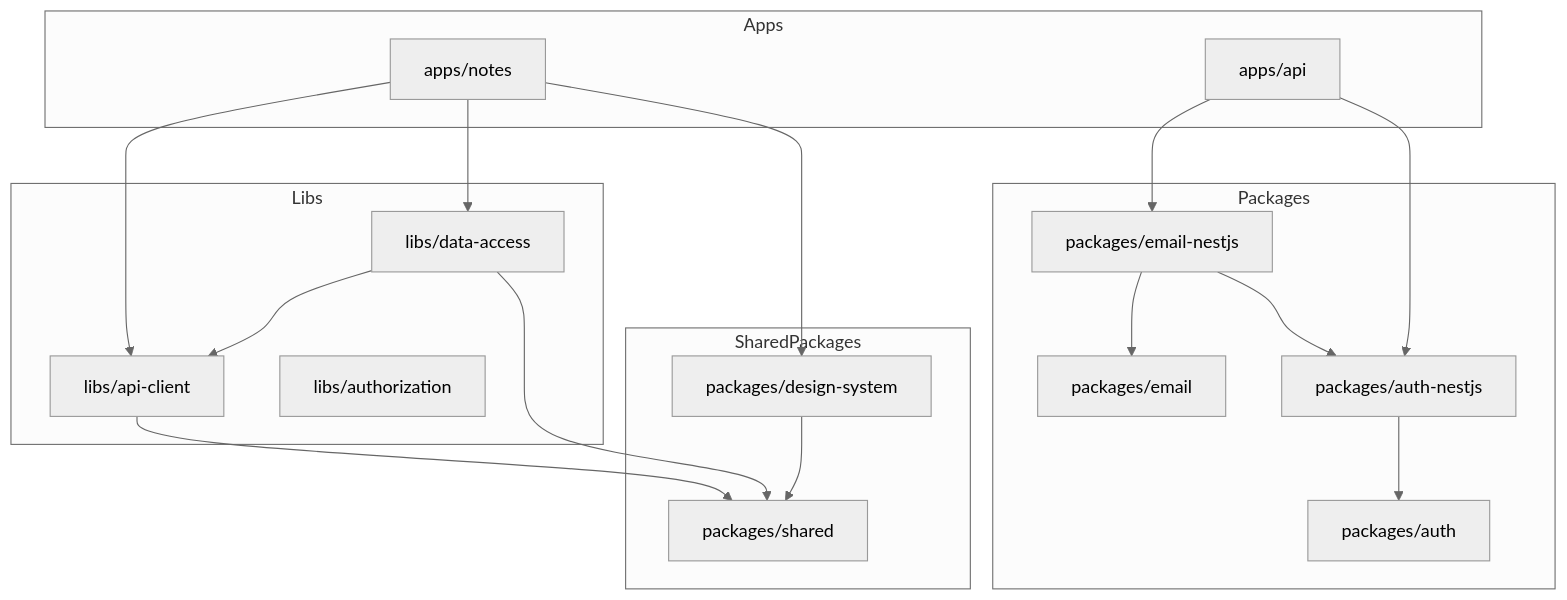
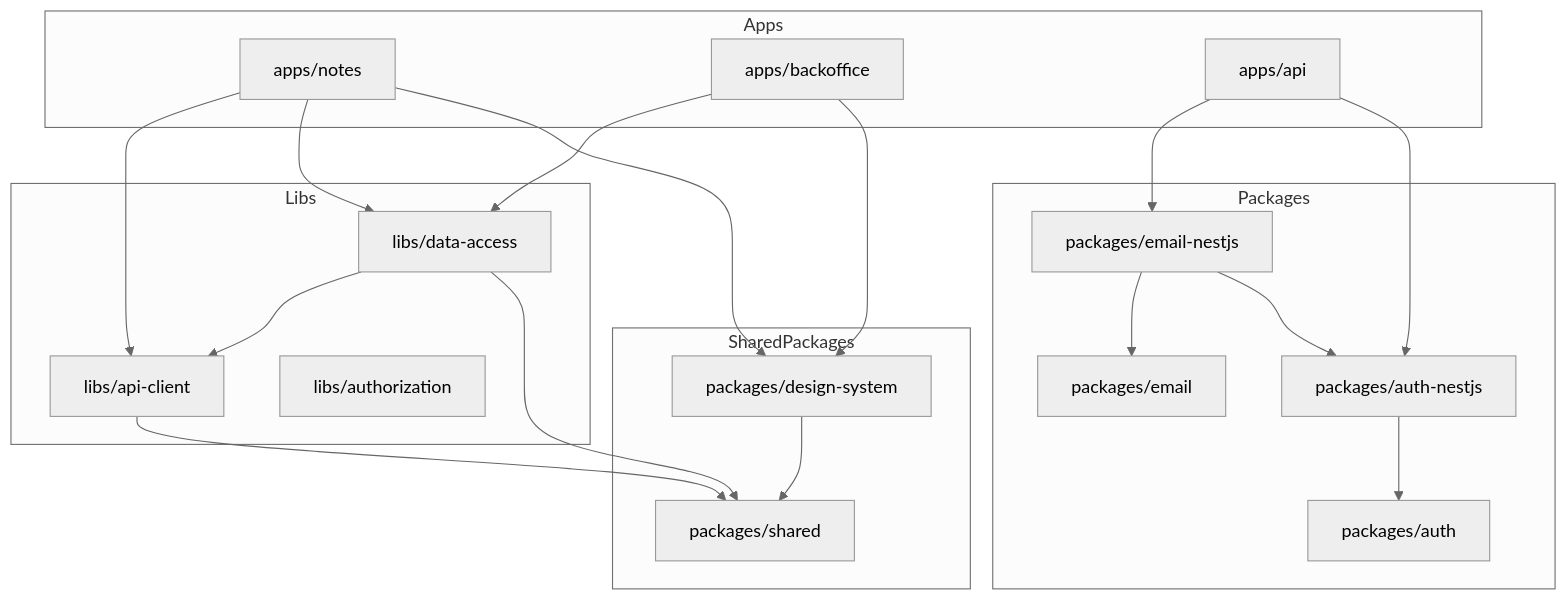
The diagram in README.md (jovandyaz/knowtis-app), drawn with Mermaid (neutral theme) before and after one commit. The commit also changed other lines of this file and 3 other files, not shown here.

Commit message:
docs: sync AI, architecture and deployment docs with shipped state

````diff
--- a/README.md
+++ b/README.md
@@ -266,39 +267,42 @@
 ```mermaid
 graph TD
     subgraph Apps
         Notes[apps/notes]
+        Backoffice[apps/backoffice]
         API[apps/api]
     end
 
     subgraph Libs
         ApiClient[libs/api-client]
         DataAccess[libs/data-access]
         Authorization[libs/authorization]
     end
 
     subgraph SharedPackages
         DesignSystem[packages/design-system]
         Shared[packages/shared]
     end
 
     Notes --> ApiClient
     Notes --> DataAccess
     Notes --> DesignSystem
+    Backoffice --> DataAccess
+    Backoffice --> DesignSystem
     ApiClient --> Shared
     DataAccess --> ApiClient
     DataAccess --> Shared
     DesignSystem --> Shared
 
     subgraph Packages
         Email[packages/email]
         EmailNestjs[packages/email-nestjs]
         Auth[packages/auth]
         AuthNestjs[packages/auth-nestjs]
     end
 
     API --> EmailNestjs
     API --> AuthNestjs
     EmailNestjs --> Email
     EmailNestjs --> AuthNestjs
     AuthNestjs --> Auth
 ```
````
